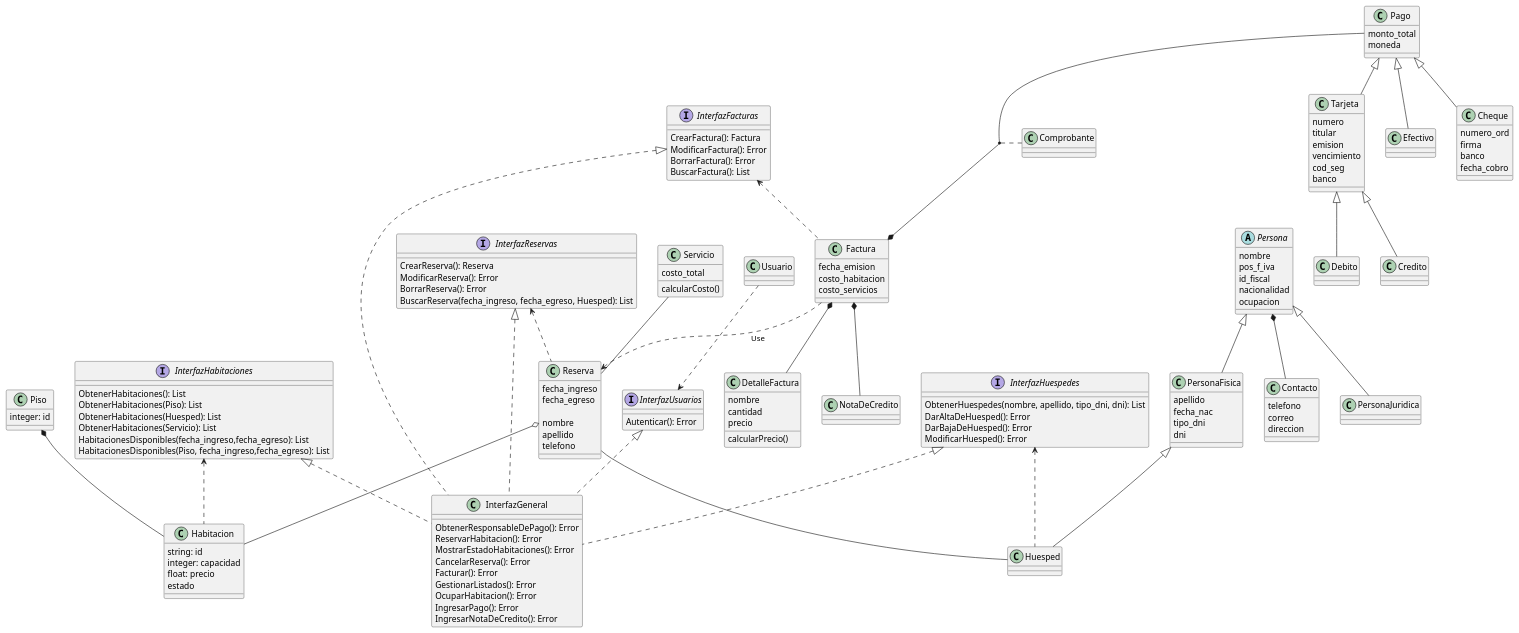
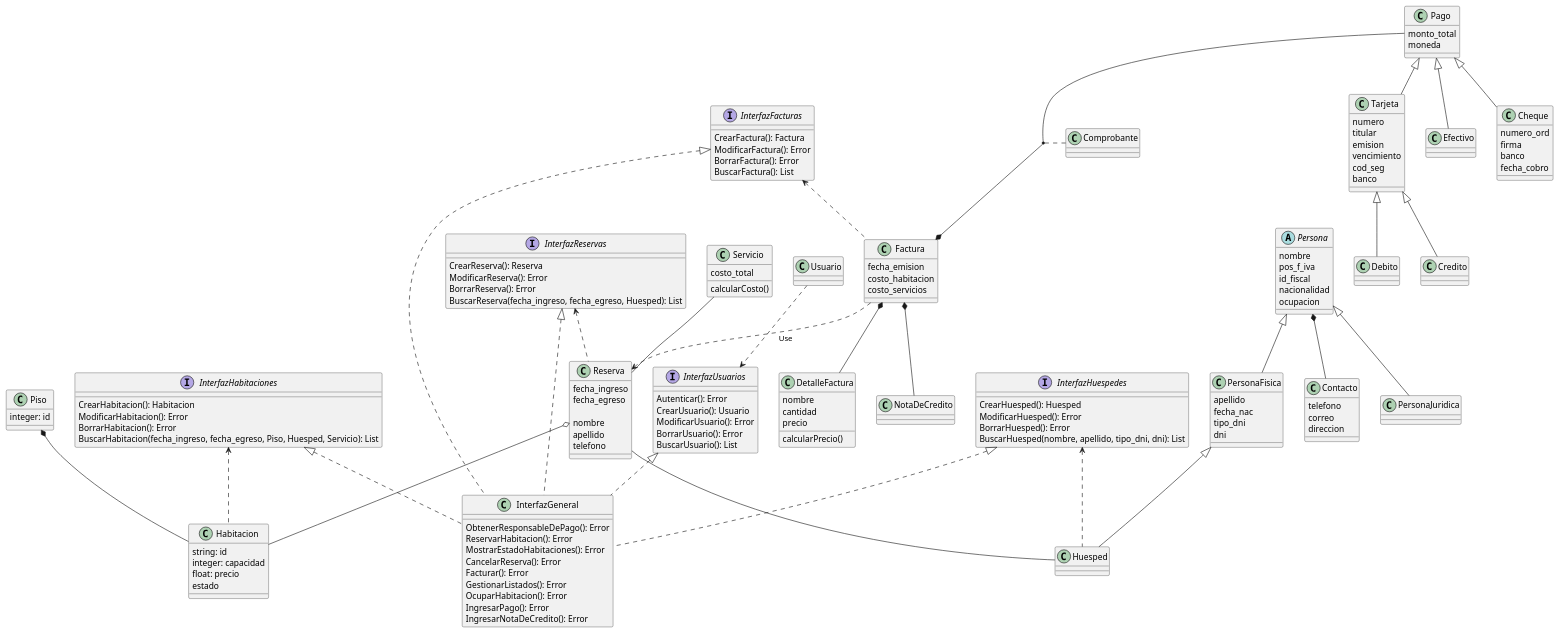
The diagram in Diagrama de clases 30-5-25.puml (warps0/Hotel-Premier), drawn with PlantUML before and after one commit.

Commit message:
Diagrama mas completo
Solamente falta cardinalidad

```diff
--- a/Diagrama de clases 30-5-25.puml
+++ b/Diagrama de clases 30-5-25.puml
@@ -1,197 +1,199 @@
 @startuml
 
 class Habitacion{
   string: id
   integer: capacidad
   float: precio
   estado 
   'HAY QUE HACER UN ENUM'
 }
 
 class Piso{
   integer: id
 }
 
 class Huesped{
   
 }
 
 class Reserva{
   fecha_ingreso
   fecha_egreso
   
   'Reserva a nombre de'
   nombre
   apellido
   telefono
 }
 
 
 class Servicio {
   costo_total
   'ESPECIALIZAR LOS SERVICIOS'
   
   calcularCosto()
 }
 
 class Factura {
   fecha_emision
   costo_habitacion
   costo_servicios
   'TRATAR LOS TIPOS DE FACTURAS!'
 }
 
 class DetalleFactura {
   nombre
   cantidad
   precio
   
   calcularPrecio()
 }
 
 class Pago {
   monto_total
   moneda
 }
 
 class Tarjeta{
   numero
   titular
   emision
   vencimiento
   cod_seg
   banco
 }
 
 class Credito{
   
 }
 
 class Debito{
 
 }
 
 class Efectivo{
   
 }
 
 class Cheque{
   numero_ord
   firma
   banco
   fecha_cobro
 }
 
 abstract class Persona {
   nombre
   pos_f_iva
   id_fiscal 
   'CUIT/CUIL'
   nacionalidad
   ocupacion
 }
 
 class Contacto {
   telefono
   correo
   direccion
 }
 
 class PersonaFisica{
   apellido
   fecha_nac
   tipo_dni
   dni
 }
 
 class PersonaJuridica {
 
 }
 
 class Usuario {
 
 }
 
 class InterfazGeneral {
   ObtenerResponsableDePago(): Error
   ReservarHabitacion(): Error
   MostrarEstadoHabitaciones(): Error
   CancelarReserva(): Error
   Facturar(): Error
   GestionarListados(): Error
   OcuparHabitacion(): Error
   IngresarPago(): Error
   IngresarNotaDeCredito(): Error
 }
 
 interface InterfazUsuarios{
   Autenticar(): Error
+  CrearUsuario(): Usuario
+  ModificarUsuario(): Error
+  BorrarUsuario(): Error
+  BuscarUsuario(): List
 }
 
 interface InterfazHuespedes{
-  ObtenerHuespedes(nombre, apellido, tipo_dni, dni): List
-  DarAltaDeHuesped(): Error
-  DarBajaDeHuesped(): Error
+  CrearHuesped(): Huesped
   ModificarHuesped(): Error
+  BorrarHuesped(): Error
+  BuscarHuesped(nombre, apellido, tipo_dni, dni): List
 }
 
 interface InterfazHabitaciones{
-  ObtenerHabitaciones(): List
-  ObtenerHabitaciones(Piso): List
-  ObtenerHabitaciones(Huesped): List
-  ObtenerHabitaciones(Servicio): List 
-  HabitacionesDisponibles(fecha_ingreso,fecha_egreso): List
-  HabitacionesDisponibles(Piso, fecha_ingreso,fecha_egreso): List
-}
+  CrearHabitacion(): Habitacion
+  ModificarHabitacion(): Error
+  BorrarHabitacion(): Error
+  BuscarHabitacion(fecha_ingreso, fecha_egreso, Piso, Huesped, Servicio): List
+  }
 
 interface InterfazReservas{
   CrearReserva(): Reserva
   ModificarReserva(): Error
   BorrarReserva(): Error
   BuscarReserva(fecha_ingreso, fecha_egreso, Huesped): List
 }
 
 interface InterfazFacturas{
   CrearFactura(): Factura
   ModificarFactura(): Error
   BorrarFactura(): Error
   BuscarFactura(): List
 }
 
 Piso *-- Habitacion
 Reserva -- Huesped
 Reserva o-- Habitacion
 Servicio -- Reserva
 Factura ..> Reserva : Use
 Factura *-- DetalleFactura
 Pago --* Factura  
 (Pago, Factura) .. Comprobante
 
 class Comprobante{
   
 }
 
 Pago <|-- Tarjeta
 Pago <|-- Efectivo
 Pago <|-- Cheque
 Factura *-- NotaDeCredito
 Tarjeta <|-- Debito
 Tarjeta <|-- Credito
 Persona <|-- PersonaJuridica
 Persona <|-- PersonaFisica
 Persona *-- Contacto
 PersonaFisica <|-- Huesped
 
 InterfazHabitaciones <.. Habitacion
 InterfazFacturas <.. Factura
 InterfazReservas <.. Reserva
 InterfazHuespedes <.. Huesped
 
 InterfazHabitaciones <|.. InterfazGeneral  
 InterfazFacturas <|.. InterfazGeneral
 InterfazReservas <|.. InterfazGeneral
 InterfazHuespedes <|.. InterfazGeneral
 InterfazUsuarios <|.. InterfazGeneral
 Usuario ..> InterfazUsuarios
 
 @enduml
```
